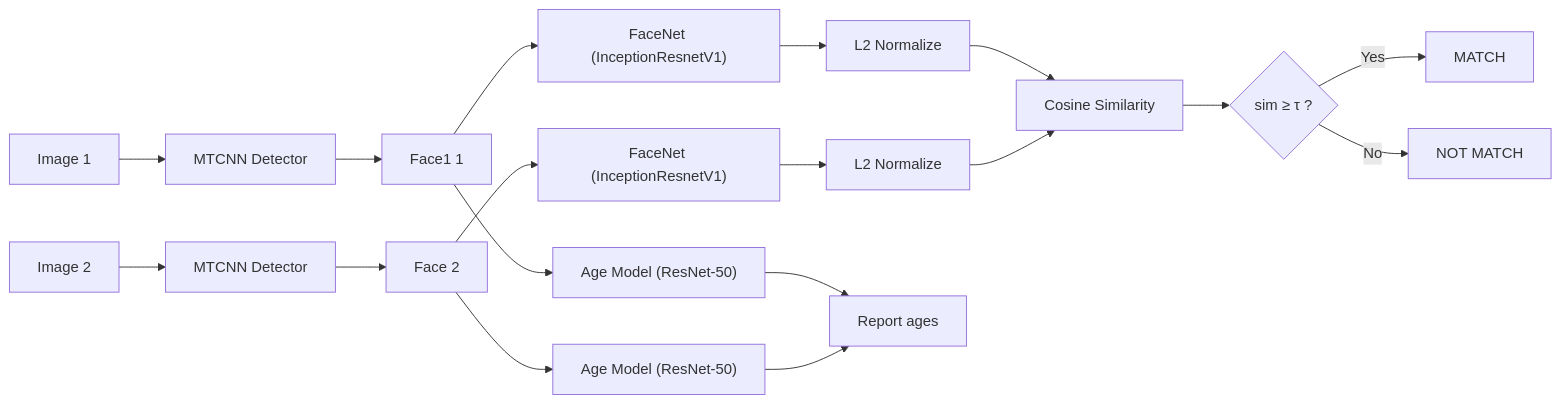
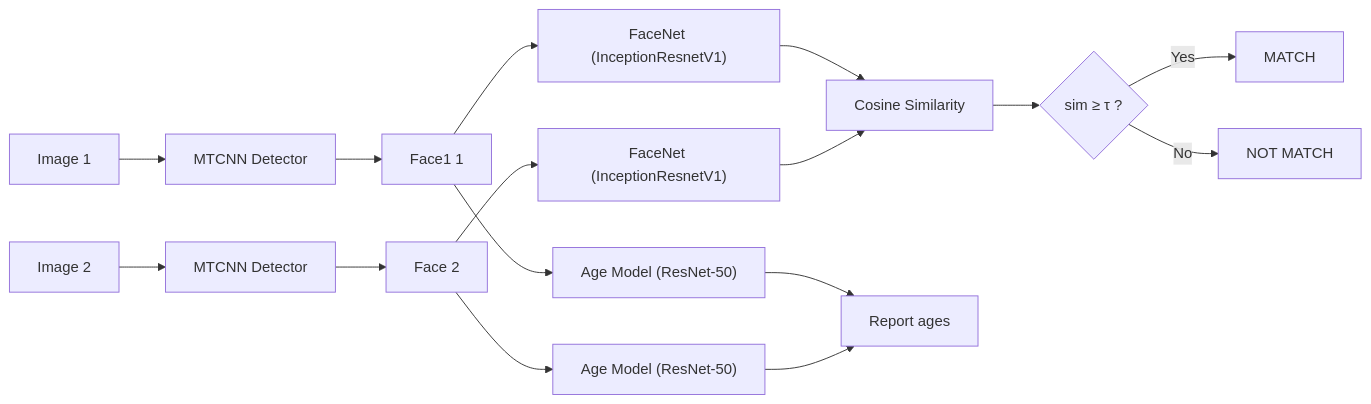
One commit to ahmedgamal74-cmp/Face-Matching-System-for-The-Same-Individual-at-Different-Ages changed the diagram in README.md. Above: the diagram before and after it, drawn with Mermaid.

Commit message:
readme commit

````diff
--- a/README.md
+++ b/README.md
@@ -56,27 +56,24 @@
 ```mermaid
 flowchart LR
     A[Image 1] --> B[MTCNN Detector]
     A2[Image 2] --> B2[MTCNN Detector]
 
     B --> C[Face1 1]
     B2 --> C2[Face 2]
 
     C --> D1["Age Model (ResNet-50)"]
     C2 --> D2["Age Model (ResNet-50)"]
 
     C --> E1["FaceNet (InceptionResnetV1)"]
     C2 --> E2["FaceNet (InceptionResnetV1)"]
 
-    E1 --> F1[L2 Normalize]
-    E2 --> F2[L2 Normalize]
-
-    F1 --> G[Cosine Similarity]
-    F2 --> G
+    E1 --> F[Cosine Similarity]
+    E2 --> F
 
     D1 --> H[Report ages]
     D2 --> H
 
-    G --> I{"sim ≥ τ ?"}
+    F --> I{"sim ≥ τ ?"}
     I --> |Yes| J[MATCH]
     I --> |No| K[NOT MATCH]
 ```
````
